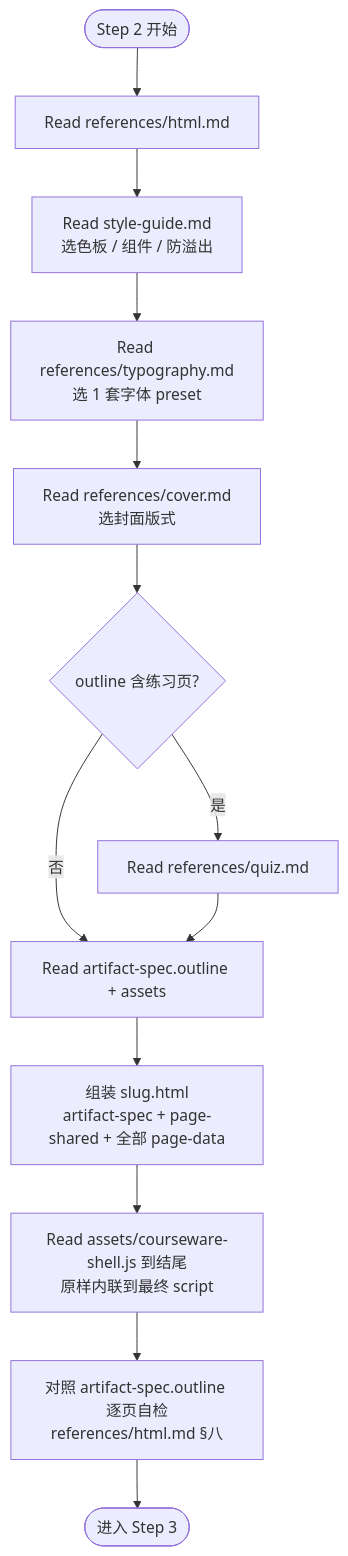
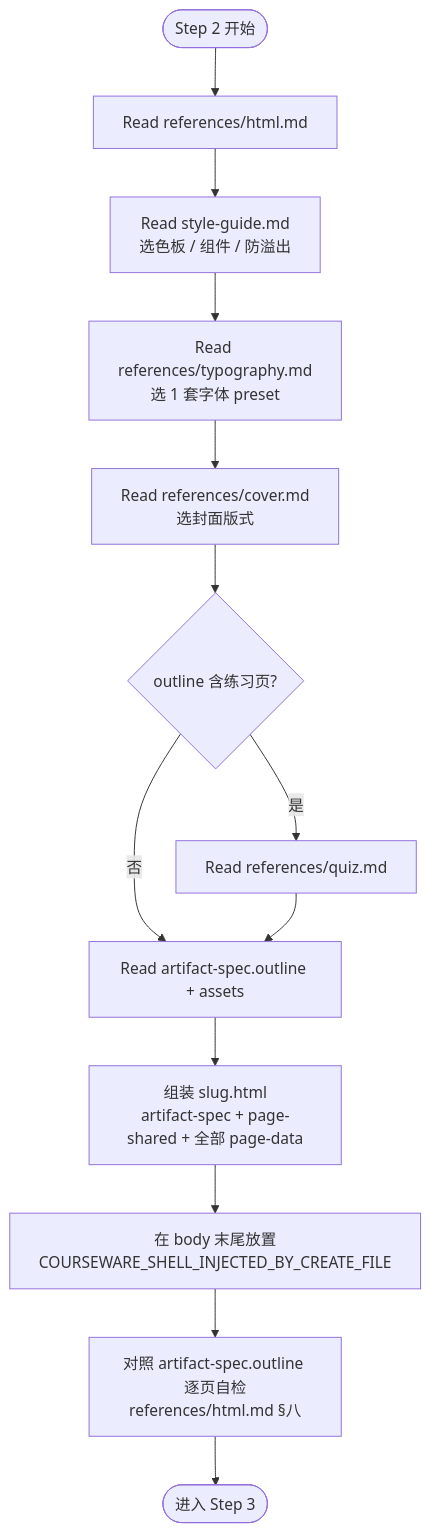
The third of 5 diagrams in .cursor/skills/教学HTML-Skills-v0.1.3-2026-07-15/courseware-generator/workflow.md (zhangyicheng95/feixiang-skill-test), drawn with Mermaid before and after one commit. The commit also changed other lines of this file and 6 other files, not shown here.

````diff
--- a/.cursor/skills/教学HTML-Skills-v0.1.3-2026-07-15/courseware-generator/workflow.md
+++ b/.cursor/skills/教学HTML-Skills-v0.1.3-2026-07-15/courseware-generator/workflow.md
@@ -59,15 +59,15 @@
 ```mermaid
 flowchart TD
     S2_START([Step 2 开始]) --> R_HTML[Read references/html.md]
     R_HTML --> R_STYLE[Read style-guide.md<br/>选色板 / 组件 / 防溢出]
     R_STYLE --> R_TYPO[Read references/typography.md<br/>选 1 套字体 preset]
     R_TYPO --> R_COVER[Read references/cover.md<br/>选封面版式]
     R_COVER --> HAS_QUIZ{outline 含练习页?}
     HAS_QUIZ -->|是| R_QUIZ[Read references/quiz.md]
     HAS_QUIZ -->|否| READ_PAGES
     R_QUIZ --> READ_PAGES[Read artifact-spec.outline + assets]
     READ_PAGES --> W_HTML[组装 slug.html<br/>artifact-spec + page-shared + 全部 page-data]
-    W_HTML --> COPY[Read assets/courseware-shell.js 到结尾<br/>原样内联到最终 script]
-    COPY --> SELF[对照 artifact-spec.outline 逐页自检<br/>references/html.md §八]
+    W_HTML --> PLACEHOLDER[在 body 末尾放置<br/>COURSEWARE_SHELL_INJECTED_BY_CREATE_FILE]
+    PLACEHOLDER --> SELF[对照 artifact-spec.outline 逐页自检<br/>references/html.md §八]
     SELF --> S2_END([进入 Step 3])
 ```
````
